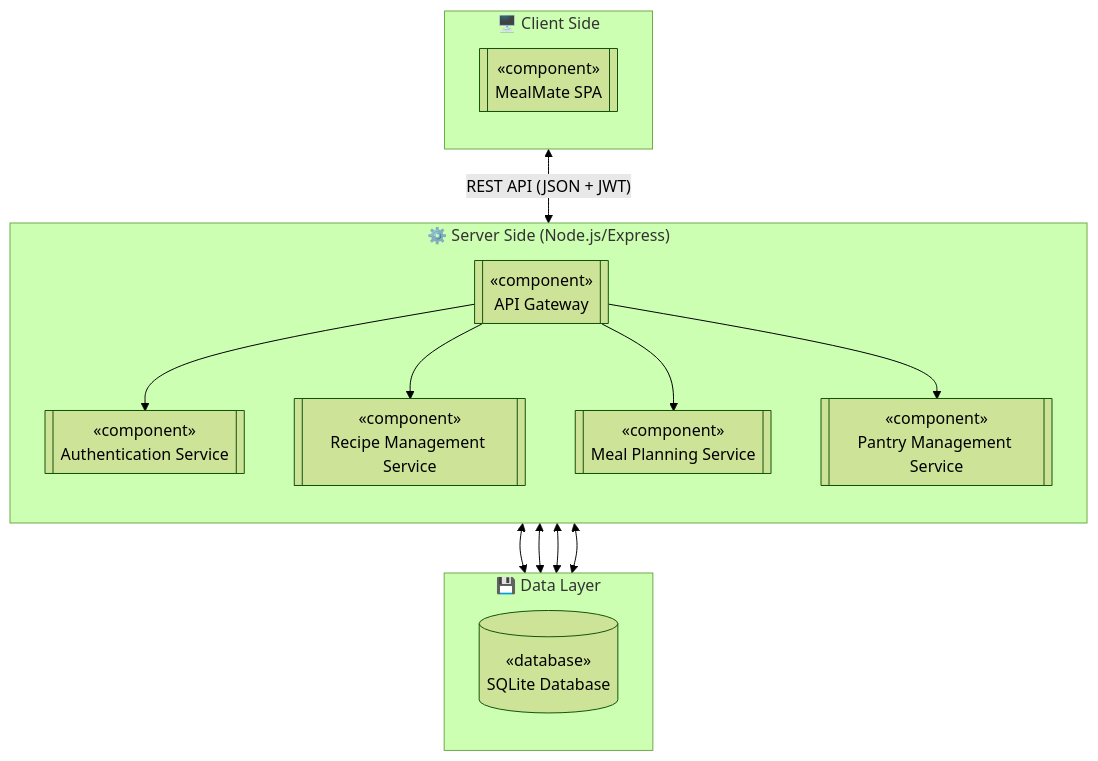
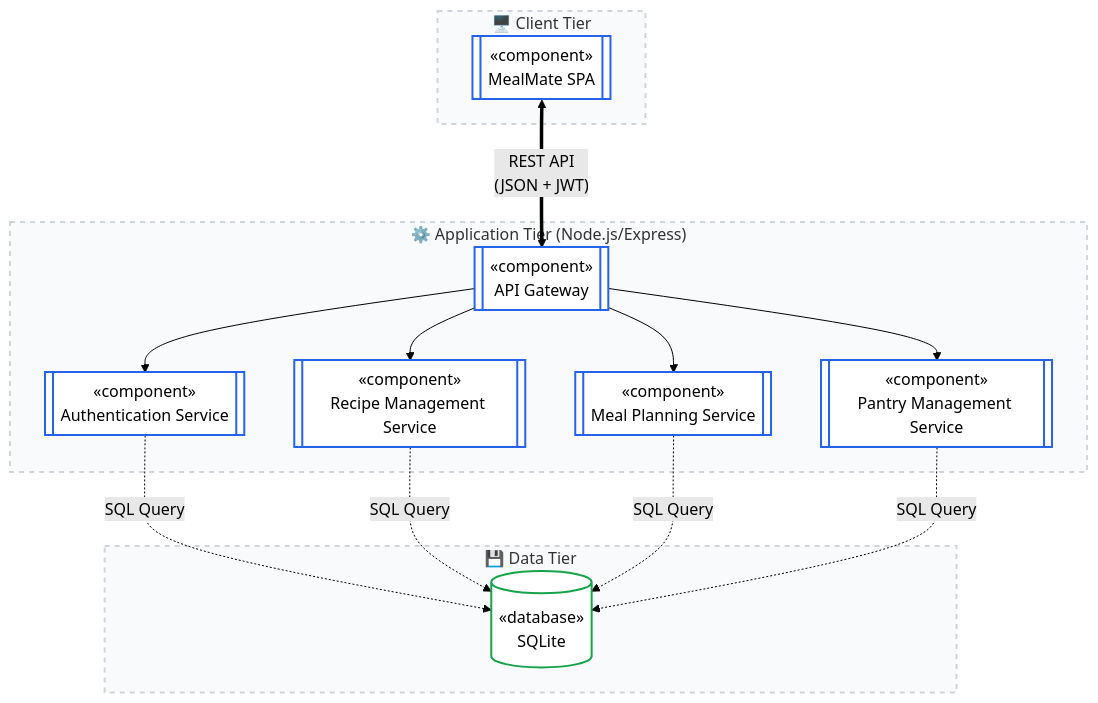
Before and after one commit to Amourous/MealMate: the second of 4 diagrams in docs/UML_DIAGRAMS.md, drawn with Mermaid (forest theme).

Commit message:
docs: final academic polishing of the UML component diagram layout and styling

````diff
--- a/docs/UML_DIAGRAMS.md
+++ b/docs/UML_DIAGRAMS.md
@@ -50,33 +50,41 @@
 ```mermaid
 flowchart TD
-    subgraph ClientLayer ["🖥️ Client Side"]
-        direction TB
-        SPA[["«component»\nMealMate SPA"]]
+    %% Custom Styling for Academic Presentation
+    classDef layerBox fill:#f9fafb,stroke:#d1d5db,stroke-width:2px,stroke-dasharray: 5 5;
+    classDef compNode fill:#ffffff,stroke:#2563eb,stroke-width:2px;
+    classDef dbNode fill:#ffffff,stroke:#16a34a,stroke-width:2px;
+
+    subgraph ClientLayer ["🖥️ Client Tier"]
+        SPA[["«component»\nMealMate SPA"]]:::compNode
     end
 
-    subgraph ServerLayer ["⚙️ Server Side (Node.js/Express)"]
-        direction TB
-        Gateway[["«component»\nAPI Gateway"]]
-        AuthService[["«component»\nAuthentication Service"]]
-        RecipeService[["«component»\nRecipe Management Service"]]
-        MealPlanService[["«component»\nMeal Planning Service"]]
-        PantryService[["«component»\nPantry Management Service"]]
+    subgraph ServerLayer ["⚙️ Application Tier (Node.js/Express)"]
+        Gateway[["«component»\nAPI Gateway"]]:::compNode
+        
+        AuthService[["«component»\nAuthentication Service"]]:::compNode
+        RecipeService[["«component»\nRecipe Management Service"]]:::compNode
+        MealPlanService[["«component»\nMeal Planning Service"]]:::compNode
+        PantryService[["«component»\nPantry Management Service"]]:::compNode
 
         Gateway --> AuthService
         Gateway --> RecipeService
         Gateway --> MealPlanService
         Gateway --> PantryService
     end
 
-    subgraph DataLayer ["💾 Data Layer"]
-        direction TB
-        DB[("«database»\nSQLite Database")]
+    subgraph DataLayer ["💾 Data Tier"]
+        DB[("«database»\nSQLite")]:::dbNode
     end
 
-    SPA <-->|"REST API (JSON + JWT)"| Gateway
+    %% Interactions
+    SPA <==>|"REST API\n(JSON + JWT)"| Gateway
     
-    AuthService <--> DB
-    RecipeService <--> DB
-    MealPlanService <--> DB
-    PantryService <--> DB
+    %% Data Operations
+    AuthService -.->|"SQL Query"| DB
+    RecipeService -.->|"SQL Query"| DB
+    MealPlanService -.->|"SQL Query"| DB
+    PantryService -.->|"SQL Query"| DB
+
+    %% Apply structural styling
+    class ClientLayer,ServerLayer,DataLayer layerBox
 ```
````
